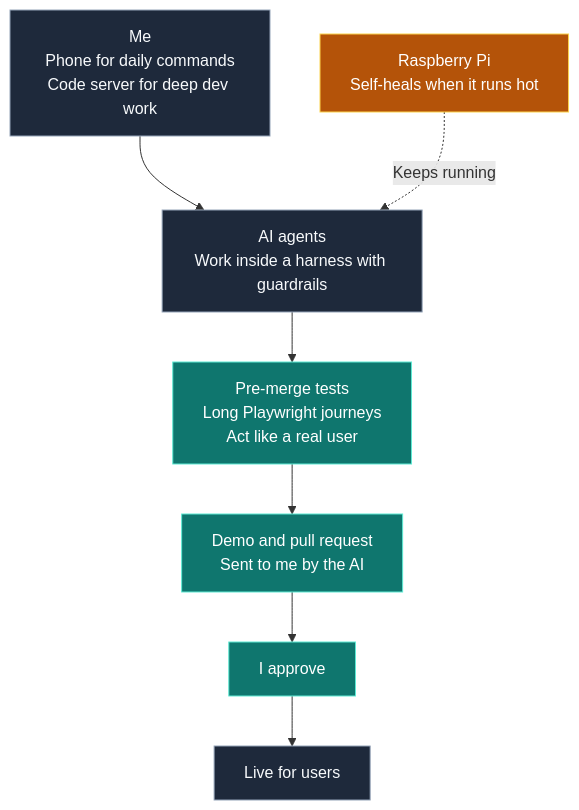
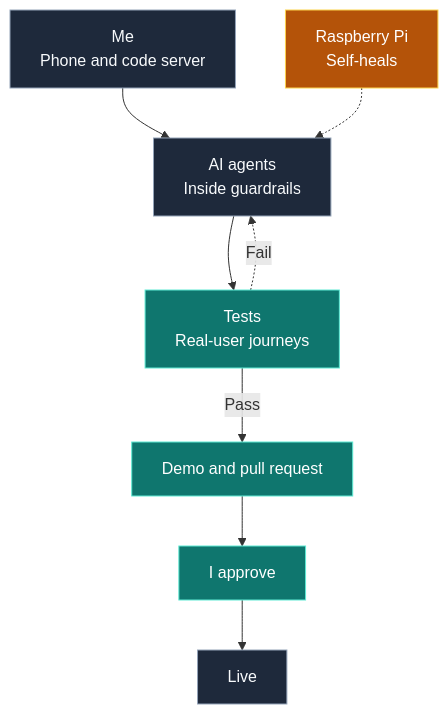
The first of 2 diagrams in README.md (murilobellatini/murilobellatini), drawn with Mermaid before and after one commit. The commit also changed other lines of this file and 1 other file, not shown here.

Commit message:
docs: sparser Pi story with fail loop

````diff
--- a/README.md
+++ b/README.md
@@ -134,17 +132,18 @@
 ```mermaid
 flowchart TD
-    ME[Me<br>Phone for daily commands<br>Code server for deep dev work] --> AG[AI agents<br>Work inside a harness with guardrails]
-    AG --> T[Pre-merge tests<br>Long Playwright journeys<br>Act like a real user]
-    T --> PR[Demo and pull request<br>Sent to me by the AI]
+    ME[Me<br>Phone and code server] --> AG[AI agents<br>Inside guardrails]
+    AG --> T[Tests<br>Real-user journeys]
+    T -- Pass --> PR[Demo and pull request]
+    T -. Fail .-> AG
     PR --> OK[I approve]
-    OK --> LIVE[Live for users]
+    OK --> LIVE[Live]
 
-    PI[Raspberry Pi<br>Self-heals when it runs hot] -. Keeps running .-> AG
+    PI[Raspberry Pi<br>Self-heals] -.-> AG
 
     classDef flow fill:#1e293b,stroke:#94a3b8,color:#f8fafc;
     classDef gate fill:#0f766e,stroke:#5eead4,color:#ffffff;
     classDef pi fill:#b45309,stroke:#fcd34d,color:#ffffff;
     class ME,AG,LIVE flow;
     class T,PR,OK gate;
     class PI pi;
 ```
````
